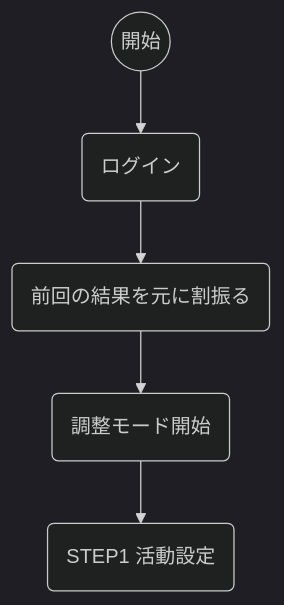
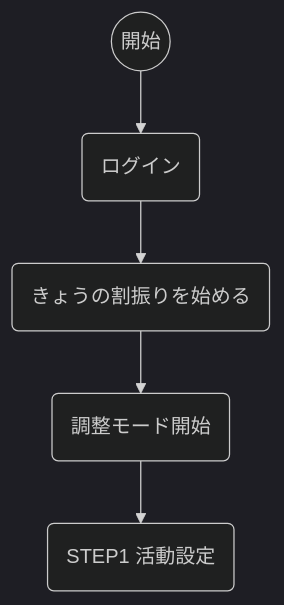
The first of 16 diagrams in boys15/docs/TCB-MAN-001_道具割り振りツール_操作マニュアル_v1.5.md (tcb15-admin/tcb-tools), drawn with Mermaid (dark theme) before and after one commit. The commit also changed other lines of this file and 25 other files, not shown here.

````diff
--- a/boys15/docs/TCB-MAN-001_道具割り振りツール_操作マニュアル_v1.5.md
+++ b/boys15/docs/TCB-MAN-001_道具割り振りツール_操作マニュアル_v1.5.md
@@ -139,7 +142,7 @@
 ```mermaid
 flowchart TD
     S((開始)) --> L(ログイン)
-    L --> P1(前回の結果を元に割振る)
+    L --> P1(きょうの割振りを始める)
     P1 --> B(調整モード開始)
     B --> S1(STEP1 活動設定)
 ```
````
